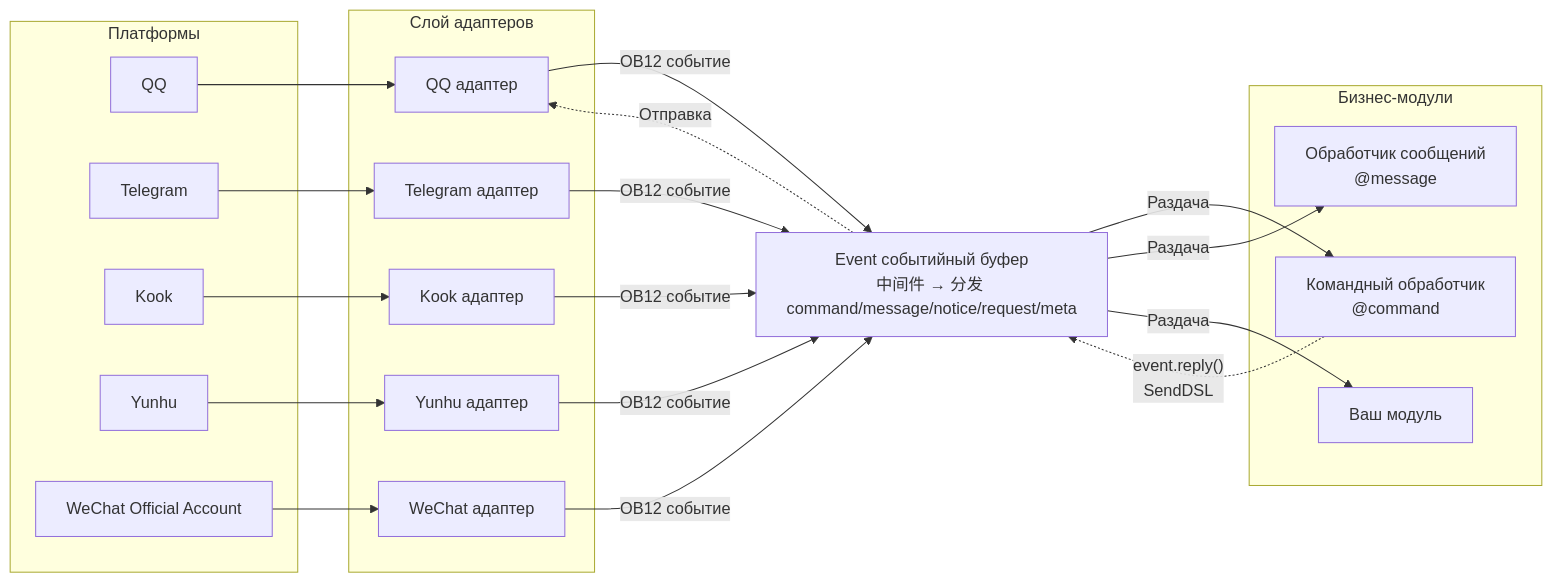
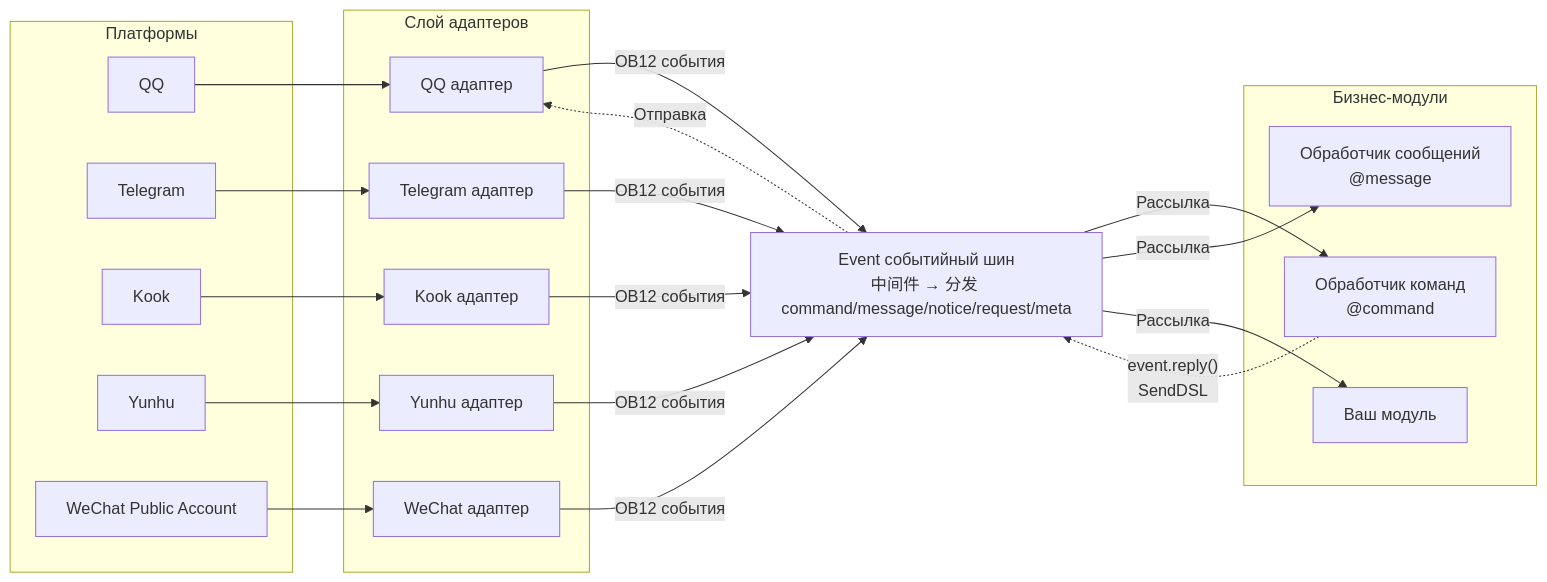
Before and after one commit to ErisPulse/ErisPulse: the first of 2 diagrams in README.ru.md, drawn with Mermaid. The commit also changed other lines of this file and 31 other files, not shown here.

````diff
--- a/README.ru.md
+++ b/README.ru.md
@@ -152,45 +111,45 @@
 ```mermaid
 graph LR
     subgraph Platforms[Платформы]
         QQ["QQ"]
         TG["Telegram"]
         Kook["Kook"]
         YH["Yunhu"]
-        WX["WeChat Official Account"]
+        WX["WeChat Public Account"]
     end
 
     subgraph Adapters[Слой адаптеров]
         A1["QQ адаптер"]
         A2["Telegram адаптер"]
         A3["Kook адаптер"]
         A4["Yunhu адаптер"]
         A5["WeChat адаптер"]
     end
 
-    Event["Event событийный буфер<br/>中间件 → 分发 command/message/notice/request/meta"]
+    Event["Event событийный шин<br/>中间件 → 分发 command/message/notice/request/meta"]
 
     subgraph Modules[Бизнес-модули]
-        M1["Командный обработчик<br/>@command"]
+        M1["Обработчик команд<br/>@command"]
         M2["Обработчик сообщений<br/>@message"]
         M3["Ваш модуль"]
     end
 
     QQ --> A1
     TG --> A2
     Kook --> A3
     YH --> A4
     WX --> A5
 
-    A1 -->|"OB12 событие"| Event
-    A2 -->|"OB12 событие"| Event
-    A3 -->|"OB12 событие"| Event
-    A4 -->|"OB12 событие"| Event
-    A5 -->|"OB12 событие"| Event
+    A1 -->|"OB12 события"| Event
+    A2 -->|"OB12 события"| Event
+    A3 -->|"OB12 события"| Event
+    A4 -->|"OB12 события"| Event
+    A5 -->|"OB12 события"| Event
 
-    Event -->|"Раздача"| M1
-    Event -->|"Раздача"| M2
-    Event -->|"Раздача"| M3
+    Event -->|"Рассылка"| M1
+    Event -->|"Рассылка"| M2
+    Event -->|"Рассылка"| M3
 
     M1 -.->|"event.reply()<br/>SendDSL"| Event
     Event -.->|"Отправка"| A1
 ```
````
